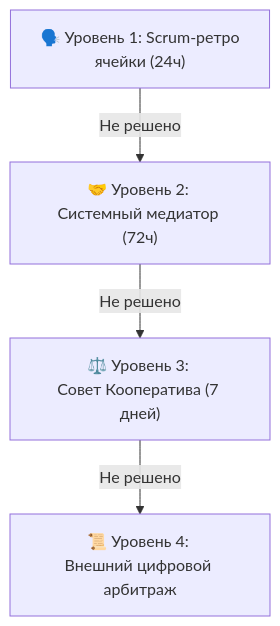
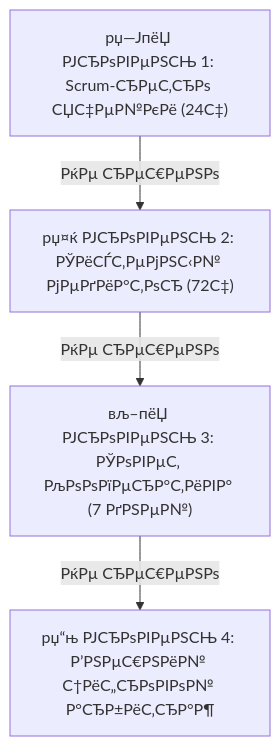
Before and after one commit to NeuroLoft/NEURO-ESTATE: the third of 3 diagrams in ТЭО_Родовое_Поместье_Кейс/ТЭО_Родовое_Поместье_Раздел_9_Организационная_структура.md, drawn with Mermaid. The commit also changed other lines of this file and 35 other files, not shown here.

````diff
--- a/ТЭО_Родовое_Поместье_Кейс/ТЭО_Родовое_Поместье_Раздел_9_Организационная_структура.md
+++ b/ТЭО_Родовое_Поместье_Кейс/ТЭО_Родовое_Поместье_Раздел_9_Организационная_структура.md
@@ -146,6 +160,6 @@
 ```mermaid
 flowchart TB
-    C1["🗣️ Уровень 1: Scrum-ретро \nячейки (24ч)"] -->|"Не решено"| C2["🤝 Уровень 2: \nСистемный медиатор (72ч)"]
-    C2 -->|"Не решено"| C3["⚖️ Уровень 3: \nСовет Кооператива (7 дней)"]
-    C3 -->|"Не решено"| C4["📜 Уровень 4: \nВнешний цифровой арбитраж"]
+    C1["рџ—ЈпёЏ РЈСЂРѕРІРµРЅСЊ 1: Scrum-СЂРµС‚СЂРѕ \nСЏС‡РµР№РєРё (24С‡)"] -->|"РќРµ СЂРµС€РµРЅРѕ"| C2["рџ¤ќ РЈСЂРѕРІРµРЅСЊ 2: \nРЎРёСЃС‚РµРјРЅС‹Р№ РјРµРґРёР°С‚РѕСЂ (72С‡)"]
+    C2 -->|"РќРµ СЂРµС€РµРЅРѕ"| C3["вљ–пёЏ РЈСЂРѕРІРµРЅСЊ 3: \nРЎРѕРІРµС‚ РљРѕРѕРїРµСЂР°С‚РёРІР° (7 РґРЅРµР№)"]
+    C3 -->|"РќРµ СЂРµС€РµРЅРѕ"| C4["рџ“њ РЈСЂРѕРІРµРЅСЊ 4: \nР’РЅРµС€РЅРёР№ С†РёС„СЂРѕРІРѕР№ Р°СЂР±РёС‚СЂР°Р¶"]
 ```
````
